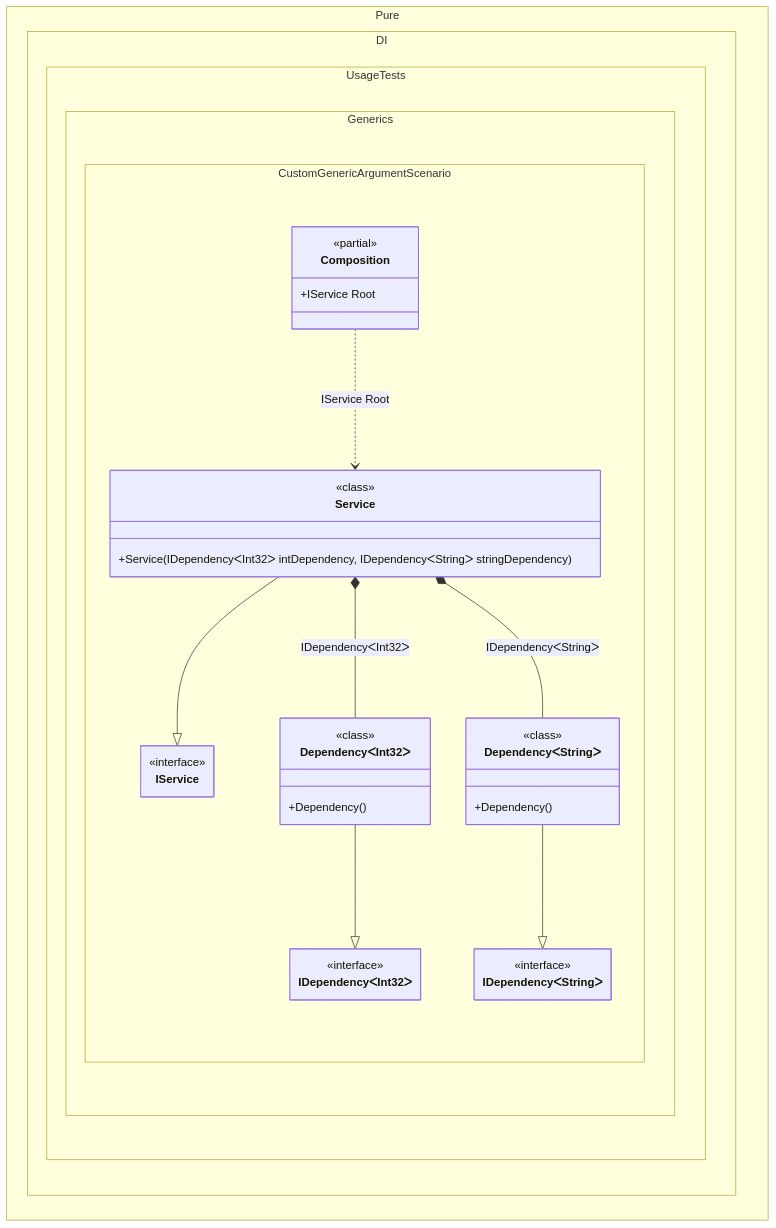
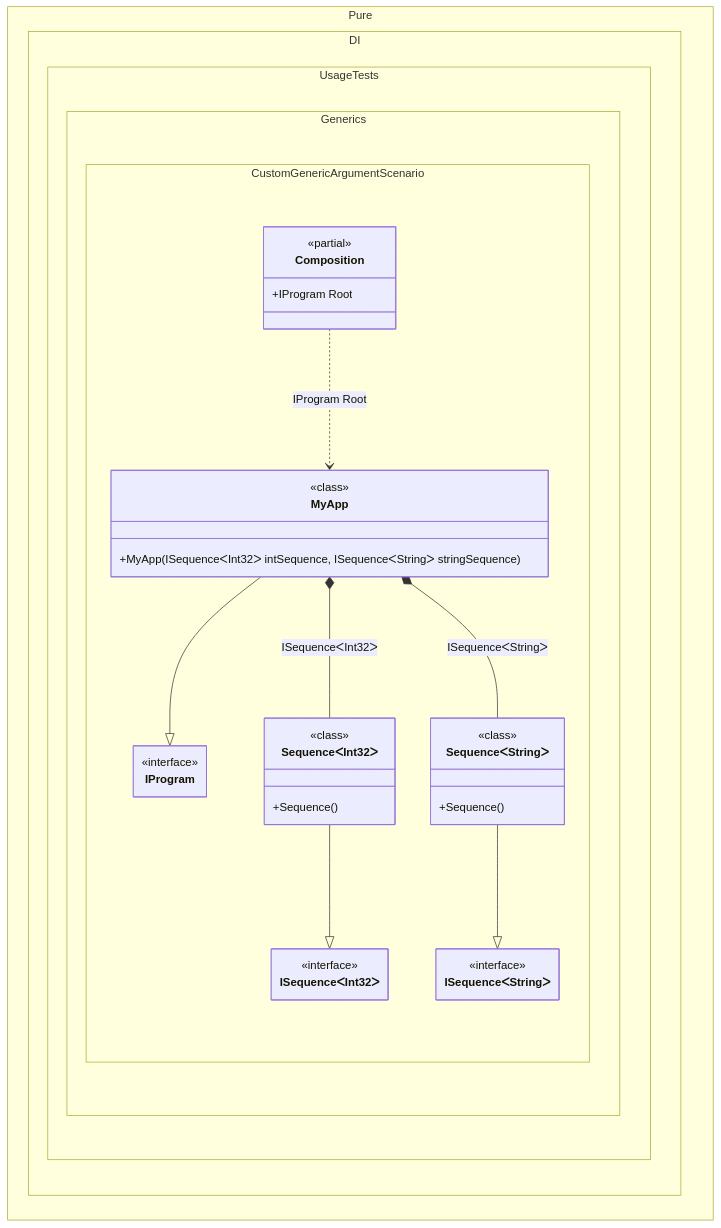
One commit to DevTeam/Pure.DI changed the diagram in readme/custom-generic-argument.md. Above: the diagram before and after it, drawn with Mermaid. The commit also changed other lines of this file and 126 other files, not shown here.

````diff
--- a/readme/custom-generic-argument.md
+++ b/readme/custom-generic-argument.md
@@ -100,43 +102,43 @@
 ```mermaid
 ---
  config:
   maxTextSize: 2147483647
   maxEdges: 2147483647
   class:
    hideEmptyMembersBox: true
 ---
 classDiagram
-	Service --|> IService
-	DependencyᐸInt32ᐳ --|> IDependencyᐸInt32ᐳ
-	DependencyᐸStringᐳ --|> IDependencyᐸStringᐳ
-	Composition ..> Service : IService Root
-	Service *--  DependencyᐸInt32ᐳ : IDependencyᐸInt32ᐳ
-	Service *--  DependencyᐸStringᐳ : IDependencyᐸStringᐳ
+	MyApp --|> IProgram
+	SequenceᐸInt32ᐳ --|> ISequenceᐸInt32ᐳ
+	SequenceᐸStringᐳ --|> ISequenceᐸStringᐳ
+	Composition ..> MyApp : IProgram Root
+	MyApp *--  SequenceᐸInt32ᐳ : ISequenceᐸInt32ᐳ
+	MyApp *--  SequenceᐸStringᐳ : ISequenceᐸStringᐳ
 	namespace Pure.DI.UsageTests.Generics.CustomGenericArgumentScenario {
 		class Composition {
 		<<partial>>
-		+IService Root
+		+IProgram Root
 		}
-		class DependencyᐸInt32ᐳ {
-				<<class>>
-			+Dependency()
-		}
-		class DependencyᐸStringᐳ {
-				<<class>>
-			+Dependency()
-		}
-		class IDependencyᐸInt32ᐳ {
+		class IProgram {
 			<<interface>>
 		}
-		class IDependencyᐸStringᐳ {
+		class ISequenceᐸInt32ᐳ {
 			<<interface>>
 		}
-		class IService {
+		class ISequenceᐸStringᐳ {
 			<<interface>>
 		}
-		class Service {
+		class MyApp {
 				<<class>>
-			+Service(IDependencyᐸInt32ᐳ intDependency, IDependencyᐸStringᐳ stringDependency)
+			+MyApp(ISequenceᐸInt32ᐳ intSequence, ISequenceᐸStringᐳ stringSequence)
+		}
+		class SequenceᐸInt32ᐳ {
+				<<class>>
+			+Sequence()
+		}
+		class SequenceᐸStringᐳ {
+				<<class>>
+			+Sequence()
 		}
 	}
 ```
````
